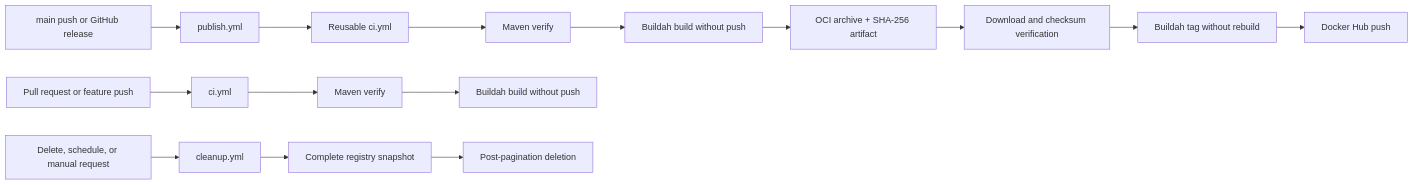
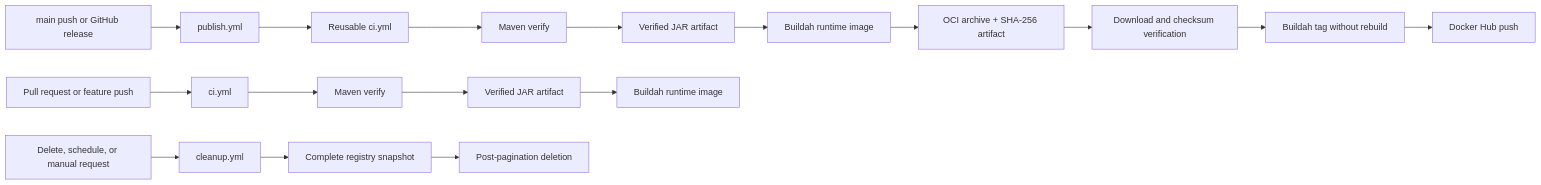
One commit to byzatic/Tessera-DFE changed the diagram in .docs/ci-cd/README.md. Above: the diagram before and after it, drawn with Mermaid. The commit also changed other lines of this file and 5 other files, not shown here.

````diff
--- a/.docs/ci-cd/README.md
+++ b/.docs/ci-cd/README.md
@@ -22,17 +22,19 @@
 ```mermaid
 flowchart LR
     A["Pull request or feature push"] --> CI["ci.yml"]
     B["main push or GitHub release"] --> PUB["publish.yml"]
     PUB --> RCI["Reusable ci.yml"]
     CI --> TEST["Maven verify"]
     RCI --> TEST2["Maven verify"]
-    TEST --> DB["Buildah build without push"]
-    TEST2 --> DB2["Buildah build without push"]
+    TEST --> JAR["Verified JAR artifact"]
+    TEST2 --> JAR2["Verified JAR artifact"]
+    JAR --> DB["Buildah runtime image"]
+    JAR2 --> DB2["Buildah runtime image"]
     DB2 --> ART["OCI archive + SHA-256 artifact"]
     ART --> VERIFY["Download and checksum verification"]
     VERIFY --> TAG["Buildah tag without rebuild"]
     TAG --> HUB["Docker Hub push"]
     C["Delete, schedule, or manual request"] --> CLEAN["cleanup.yml"]
     CLEAN --> SNAP["Complete registry snapshot"]
     SNAP --> DEL["Post-pagination deletion"]
 ```
````
